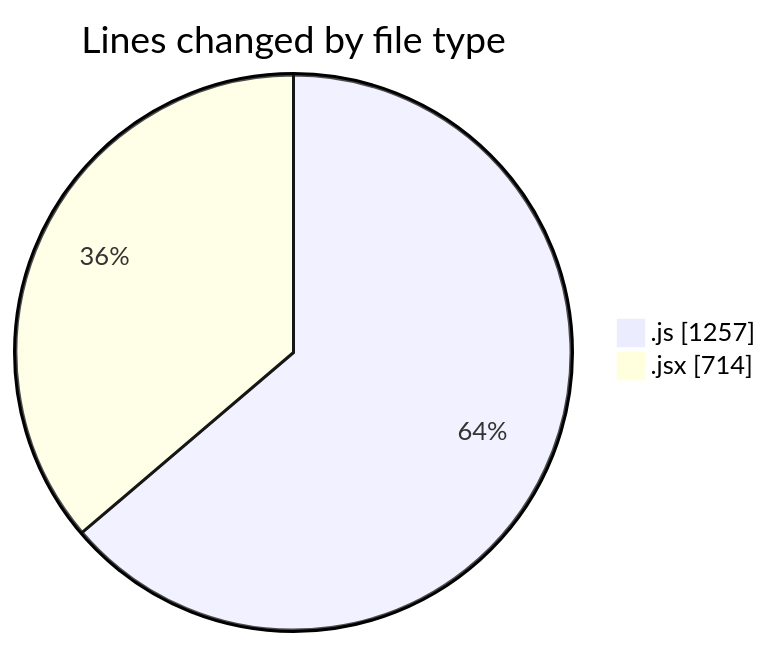
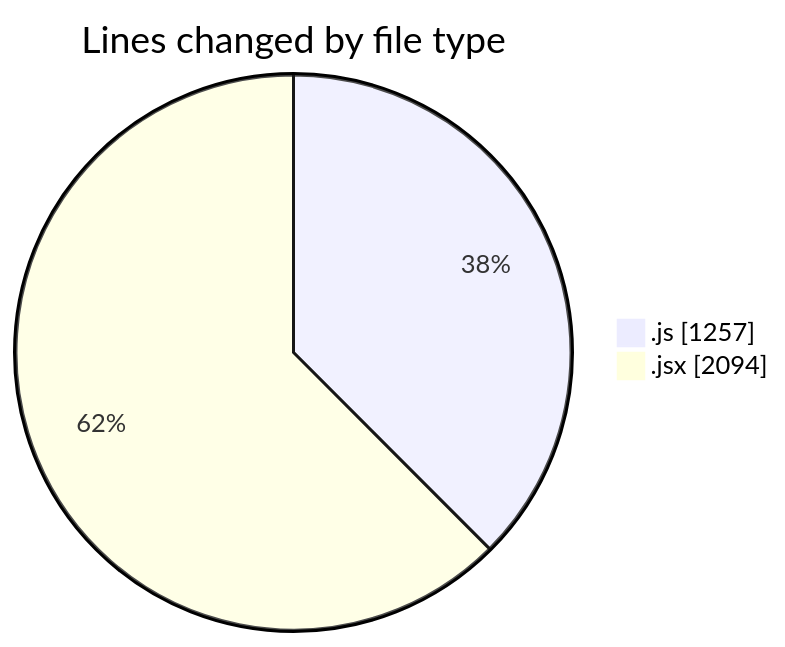
Before and after one commit to nxtqubesakshisongat/code-tracking: the first of 2 diagrams in 2025-09-01/nxtqube_webapp/README.md, drawn with Mermaid. The commit also changed other lines of this file and 1 other file, not shown here.

````diff
--- a/2025-09-01/nxtqube_webapp/README.md
+++ b/2025-09-01/nxtqube_webapp/README.md
@@ -21,6 +25,6 @@
 ```mermaid
 pie showData
 title Lines changed by file type
 ".js" : 1257
-".jsx" : 714
+".jsx" : 2094
 ```
````
